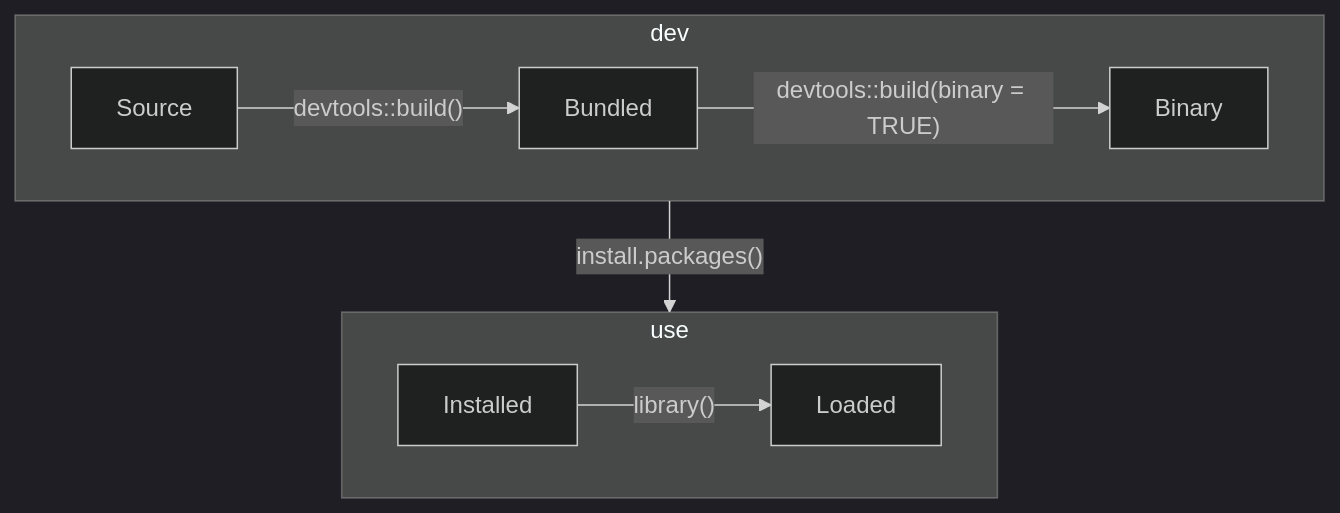
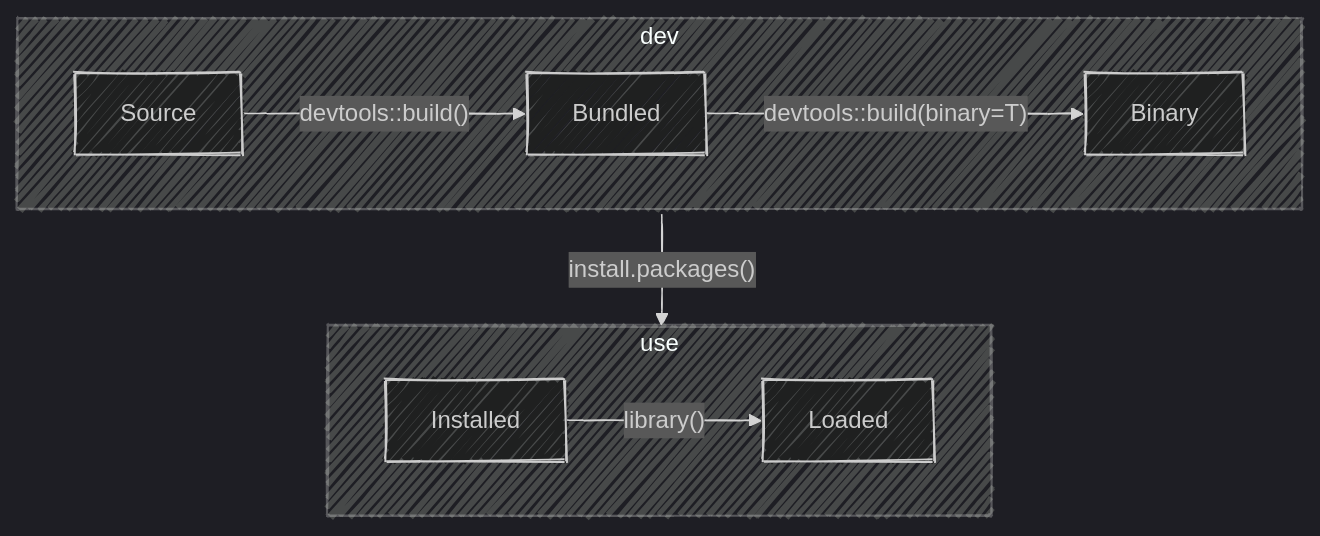
The second of 4 diagrams in index.qmd (rstats-wtf/wtf-personal-radmin-slides), drawn with Mermaid before and after one commit. The commit also changed other lines of this file and 34 other files, not shown here.

````diff
--- a/index.qmd
+++ b/index.qmd
@@ -415,14 +467,14 @@
 ```{mermaid}
-%%{init: {"theme": "dark" } }%%
+%%{init: {"theme": "dark", "look": "handDrawn" } }%%
 flowchart TD
 subgraph dev
   direction LR
 Source -- "devtools::build()" --> Bundled
-Bundled -- "devtools::build(binary = TRUE)"--> Binary 
+Bundled -- "devtools::build(binary=T)" --> Binary
 end
 subgraph use
 direction LR
-Binary --"install.packages()"--> Installed 
-Installed --"library()"--> Loaded 
+Binary --"install.packages()"--> Installed
+Installed --"library()"--> Loaded
 end
 ```
````
